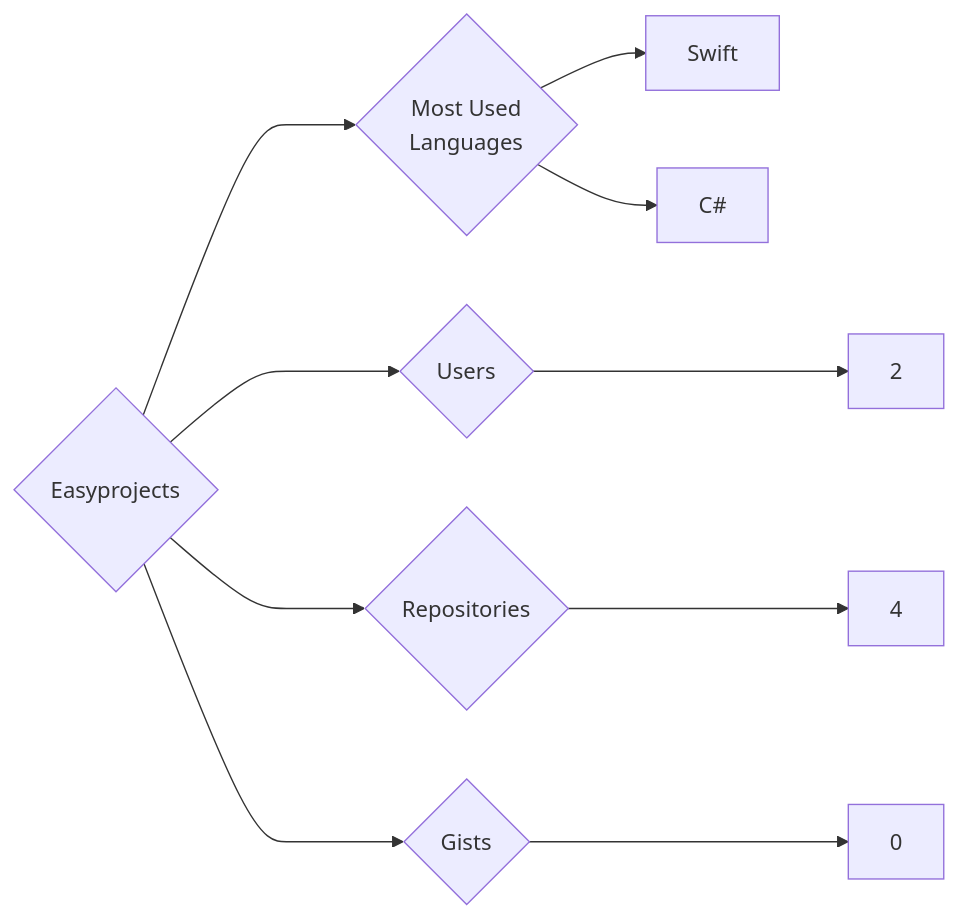
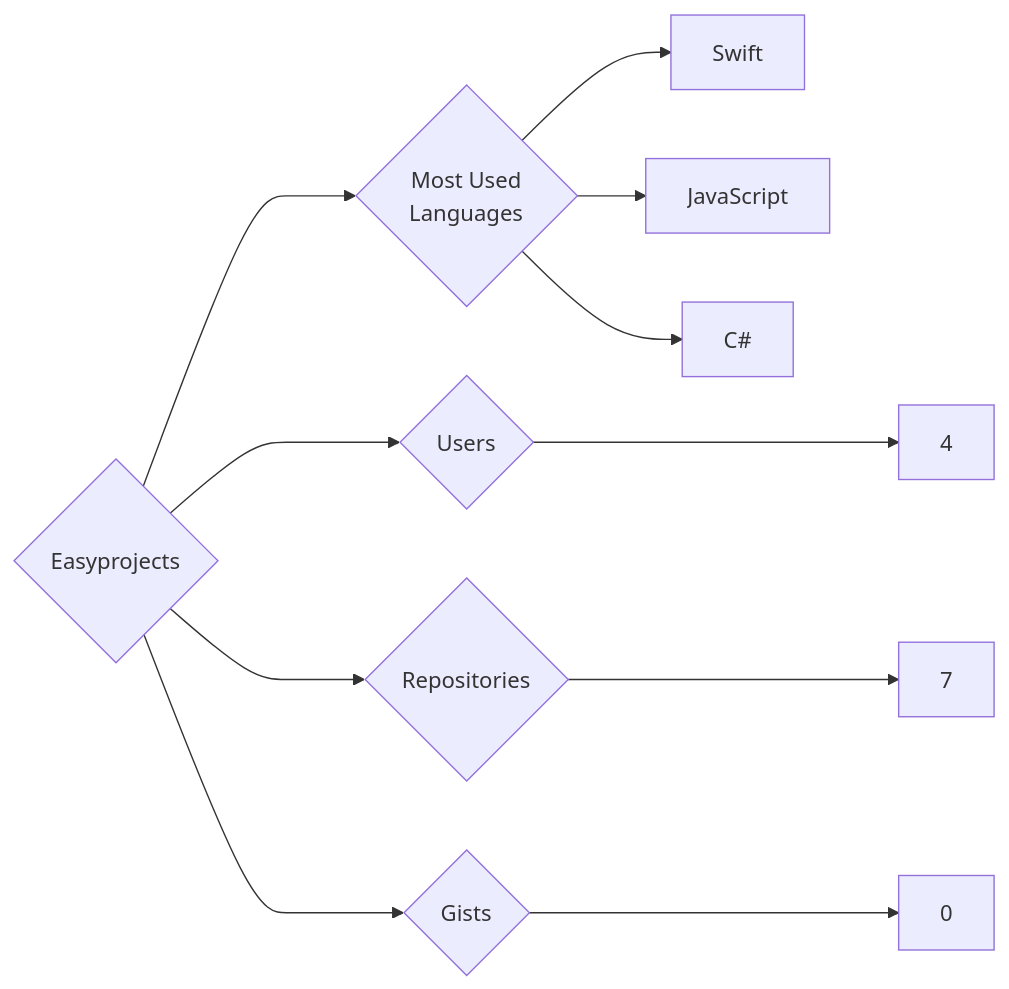
The diagram in targets/Easyprojects/README.md (trickest/insiders), drawn with Mermaid before and after one commit. The commit also changed 933 other files, not shown here.

````diff
--- a/targets/Easyprojects/README.md
+++ b/targets/Easyprojects/README.md
@@ -3,10 +3,11 @@
 ```mermaid
 graph LR
 COMPANY_NAME{Easyprojects}
-COMPANY_NAME ---> U{Users} ---> UN[2]
-COMPANY_NAME ---> R{Repositories} ---> RN[4]
+COMPANY_NAME ---> U{Users} ---> UN[4]
+COMPANY_NAME ---> R{Repositories} ---> RN[7]
 COMPANY_NAME ---> G{Gists} ---> GN[0]
 COMPANY_NAME ---> ML{Most Used<br>Languages}
 ML --> Swift[Swift]
+ML --> JavaScript[JavaScript]
 ML --> C#[C#]
 ```
````
